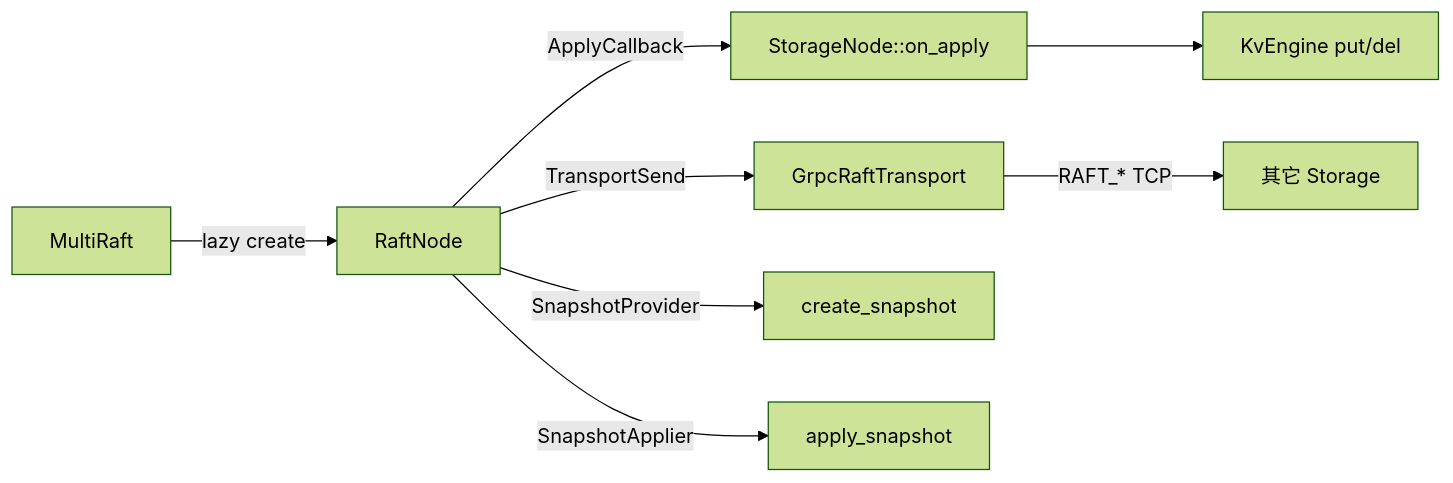
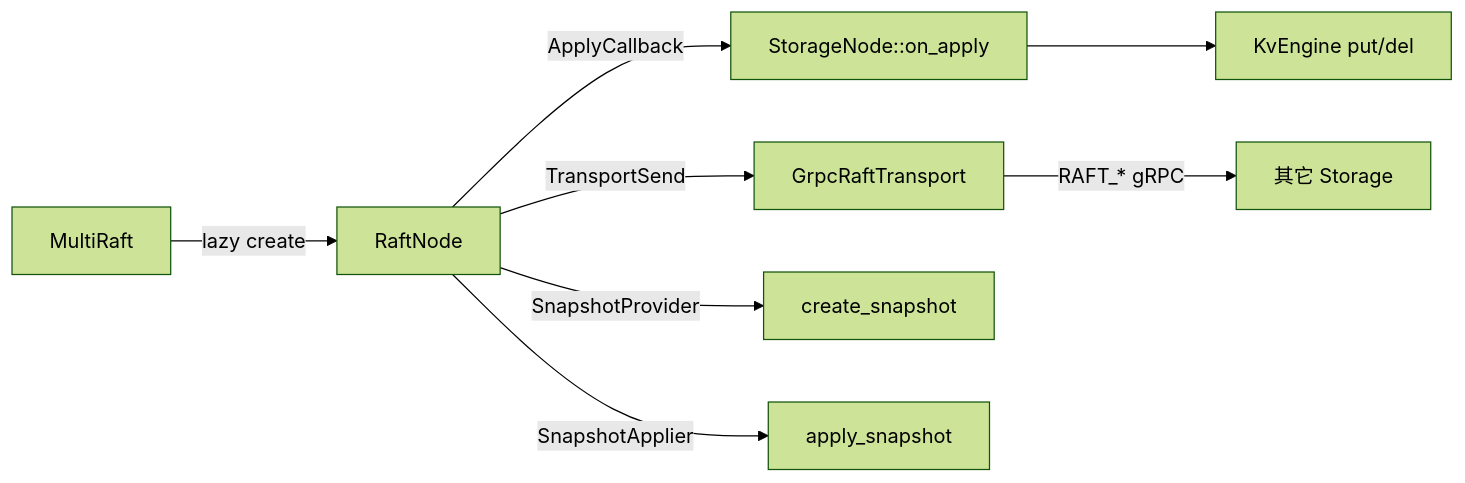
One commit to devotionalist/openkv changed the second of 2 diagrams in docs/flows/07-storage-startup.md. Above: the diagram before and after it, drawn with Mermaid (forest theme). The commit also changed 167 other files, not shown here.

````diff
--- a/docs/flows/07-storage-startup.md
+++ b/docs/flows/07-storage-startup.md
@@ -31,10 +31,10 @@
 ```mermaid
 flowchart LR
   MR[MultiRaft] -->|lazy create| RN[RaftNode]
   RN -->|ApplyCallback| OA[StorageNode::on_apply]
   OA --> KE[KvEngine put/del]
   RN -->|TransportSend| TT[GrpcRaftTransport]
   RN -->|SnapshotProvider| CS[create_snapshot]
   RN -->|SnapshotApplier| AS[apply_snapshot]
-  TT -->|RAFT_* TCP| Peer[其它 Storage]
+  TT -->|RAFT_* gRPC| Peer[其它 Storage]
 ```
````
